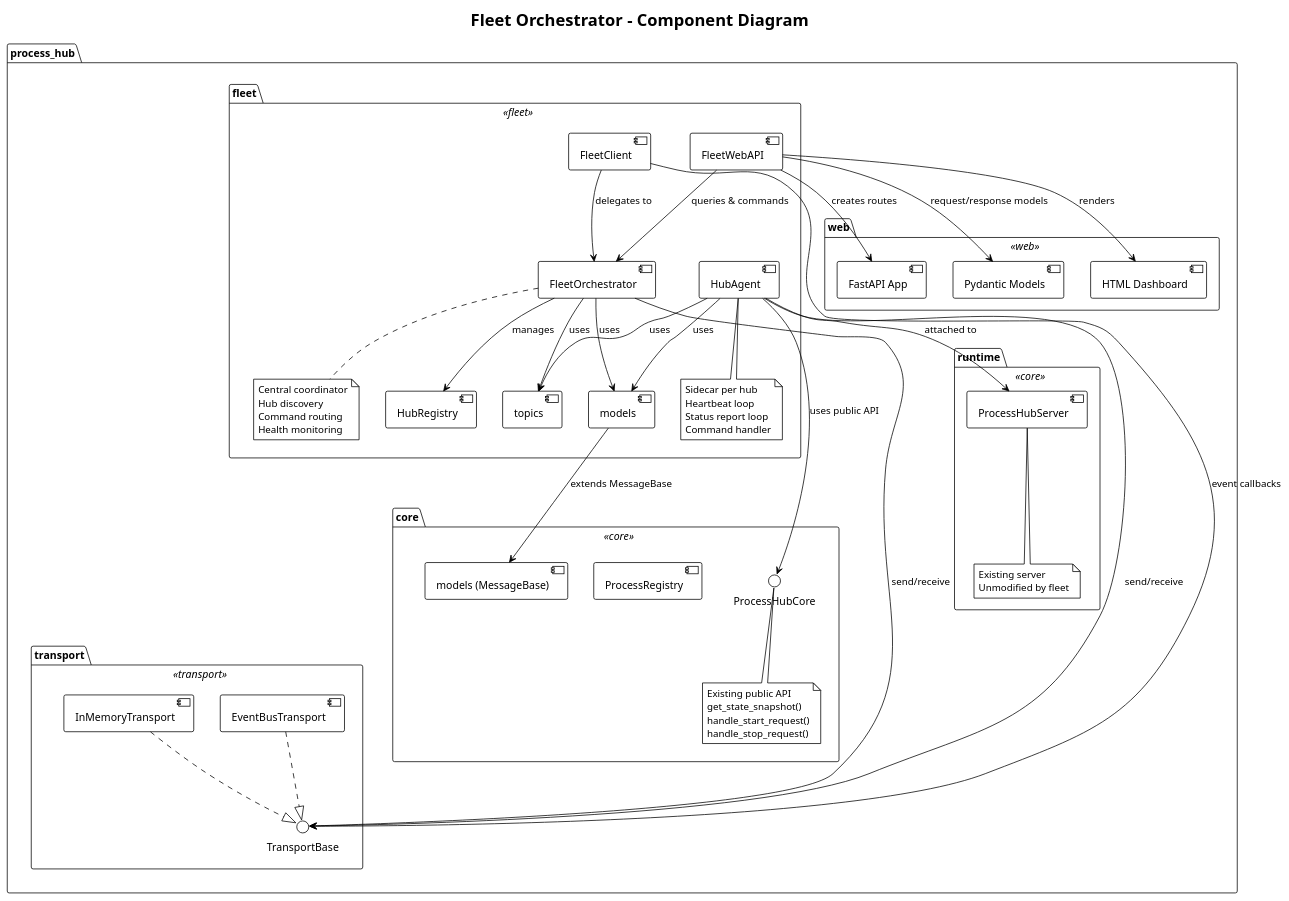
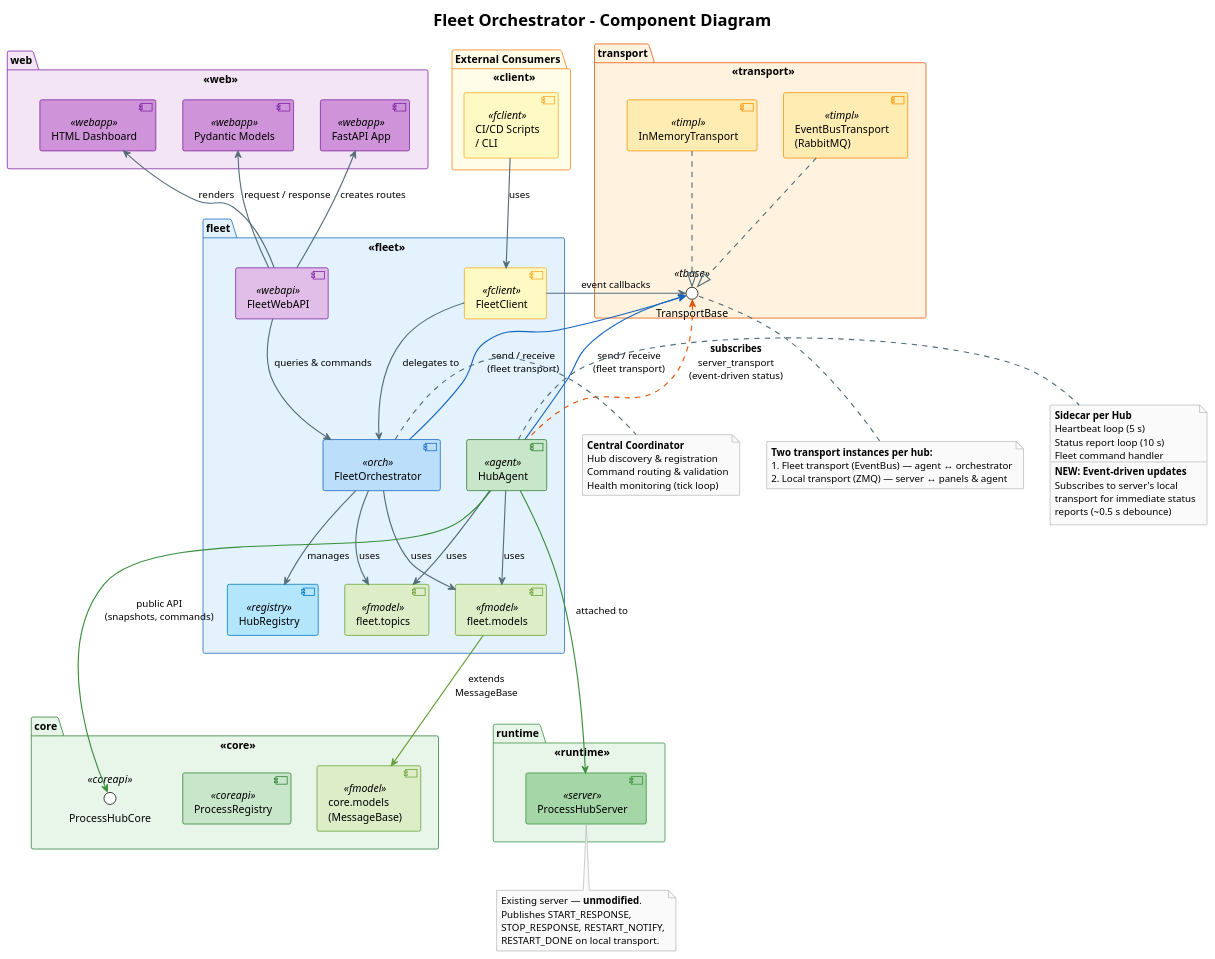
One commit to test-fullautomation/python-process-hub changed the diagram in docs/diagrams/fleet_component.puml. Above: the diagram before and after it, drawn with PlantUML. The commit also changed 9 other files, not shown here.

```diff
--- a/docs/diagrams/fleet_component.puml
+++ b/docs/diagrams/fleet_component.puml
@@ -4,105 +4,202 @@
 
 top to bottom direction
 
-skinparam component {
-    BackgroundColor<<fleet>> #E8F4FD
-    BackgroundColor<<core>> #E8FDE8
-    BackgroundColor<<transport>> #FDF4E8
-    BackgroundColor<<web>> #F4E8FD
-    BackgroundColor<<client>> #FDFDE8
+' ============================================================================
+' Skin parameters
+' ============================================================================
+
+skinparam package {
+    BackgroundColor<<fleet>>     #E3F2FD
+    BorderColor<<fleet>>         #1565C0
+    BackgroundColor<<core>>      #E8F5E9
+    BorderColor<<core>>          #2E7D32
+    BackgroundColor<<runtime>>   #E8F5E9
+    BorderColor<<runtime>>       #388E3C
+    BackgroundColor<<transport>> #FFF3E0
+    BorderColor<<transport>>     #E65100
+    BackgroundColor<<web>>       #F3E5F5
+    BorderColor<<web>>           #7B1FA2
+    BackgroundColor<<client>>    #FFFDE7
+    BorderColor<<client>>        #F57F17
+    FontStyle bold
 }
 
-package "process_hub" {
-
-    package "fleet" <<fleet>> {
-        component [FleetOrchestrator] as orchestrator
-        component [HubAgent] as hub_agent
-        component [FleetClient] as fleet_client
-        component [HubRegistry] as hub_registry
-        component [FleetWebAPI] as web_api
-        component [models] as fleet_models
-        component [topics] as fleet_topics
-
-        note bottom of orchestrator
-          Central coordinator
-          Hub discovery
-          Command routing
-          Health monitoring
-        end note
-
-        note bottom of hub_agent
-          Sidecar per hub
-          Heartbeat loop
-          Status report loop
-          Command handler
-        end note
-    }
-
-    package "core" <<core>> {
-        interface "ProcessHubCore" as core_api
-        component [ProcessRegistry] as proc_registry
-        component [models (MessageBase)] as core_models
-
-        note bottom of core_api
-          Existing public API
-          get_state_snapshot()
-          handle_start_request()
-          handle_stop_request()
-        end note
-    }
-
-    package "runtime" <<core>> {
-        component [ProcessHubServer] as server
-
-        note bottom of server
-          Existing server
-          Unmodified by fleet
-        end note
-    }
-
-    package "transport" <<transport>> {
-        interface "TransportBase" as transport_base
-        component [EventBusTransport] as eventbus
-        component [InMemoryTransport] as inmem
-
-        eventbus ..|> transport_base
-        inmem ..|> transport_base
-    }
-
-    package "web" <<web>> {
-        component [FastAPI App] as fastapi
-        component [Pydantic Models] as pydantic
-        component [HTML Dashboard] as dashboard
-    }
+skinparam component {
+    BackgroundColor<<orch>>      #BBDEFB
+    BorderColor<<orch>>          #1565C0
+    BackgroundColor<<agent>>     #C8E6C9
+    BorderColor<<agent>>         #2E7D32
+    BackgroundColor<<registry>>  #B3E5FC
+    BorderColor<<registry>>      #0277BD
+    BackgroundColor<<fclient>>   #FFF9C4
+    BorderColor<<fclient>>       #F9A825
+    BackgroundColor<<webapi>>    #E1BEE7
+    BorderColor<<webapi>>        #7B1FA2
+    BackgroundColor<<fmodel>>    #DCEDC8
+    BorderColor<<fmodel>>        #689F38
+    BackgroundColor<<server>>    #A5D6A7
+    BorderColor<<server>>        #388E3C
+    BackgroundColor<<coreapi>>   #C8E6C9
+    BorderColor<<coreapi>>       #2E7D32
+    BackgroundColor<<tbase>>     #FFE0B2
+    BorderColor<<tbase>>         #E65100
+    BackgroundColor<<timpl>>     #FFECB3
+    BorderColor<<timpl>>         #FF8F00
+    BackgroundColor<<webapp>>    #CE93D8
+    BorderColor<<webapp>>        #7B1FA2
 }
 
-' Fleet internal dependencies
-orchestrator --> hub_registry : manages
-orchestrator --> fleet_topics : uses
-orchestrator --> fleet_models : uses
-orchestrator --> transport_base : send/receive
+skinparam arrow {
+    Color #546E7A
+    Thickness 1.5
+}
 
-hub_agent --> fleet_topics : uses
-hub_agent --> fleet_models : uses
-hub_agent --> transport_base : send/receive
+skinparam note {
+    BackgroundColor #FAFAFA
+    BorderColor #BDBDBD
+}
 
-fleet_client --> orchestrator : delegates to
-fleet_client --> transport_base : event callbacks
+' ============================================================================
+' Top row: External Consumers + Web + Transport (infrastructure)
+' ============================================================================
 
-web_api --> orchestrator : queries & commands
-web_api --> fastapi : creates routes
-web_api --> pydantic : request/response models
-web_api --> dashboard : renders
+package "External Consumers" <<client>> {
+    component [CI/CD Scripts\n/ CLI] <<fclient>> as cli
+}
 
-' Fleet -> Core (overlay, public API only)
-hub_agent --> server : attached to
-hub_agent --> core_api : uses public API
+package "web" <<web>> {
+    component [FastAPI App]      <<webapp>> as fastapi
+    component [Pydantic Models]  <<webapp>> as pydantic
+    component [HTML Dashboard]   <<webapp>> as dashboard
+}
 
+package "transport" <<transport>> {
+    interface "TransportBase"    <<tbase>> as transport_base
+    component [EventBusTransport\n(RabbitMQ)] <<timpl>> as eventbus
+    component [InMemoryTransport]             <<timpl>> as inmem
+
+    eventbus  ..|> transport_base
+    inmem     ..|> transport_base
+}
+
+' ============================================================================
+' Middle row: Fleet layer
+' ============================================================================
+
+package "fleet" <<fleet>> {
+    component [FleetOrchestrator] <<orch>> as orchestrator
+    component [HubRegistry]       <<registry>> as hub_registry
+    component [HubAgent]          <<agent>> as hub_agent
+    component [FleetClient]       <<fclient>> as fleet_client
+    component [FleetWebAPI]       <<webapi>> as web_api
+    component [fleet.models]      <<fmodel>> as fleet_models
+    component [fleet.topics]      <<fmodel>> as fleet_topics
+}
+
+' ============================================================================
+' Bottom row: Core + Runtime (existing, unmodified)
+' ============================================================================
+
+package "core" <<core>> {
+    interface "ProcessHubCore" <<coreapi>> as core_api
+    component [ProcessRegistry]   <<coreapi>> as proc_registry
+    component [core.models\n(MessageBase)] <<fmodel>> as core_models
+}
+
+package "runtime" <<runtime>> {
+    component [ProcessHubServer] <<server>> as server
+}
+
+' ============================================================================
+' Layout hints  (top → bottom: infra → fleet → core)
+' ============================================================================
+
+transport -[hidden]down- fleet
+web       -[hidden]down- fleet
+fleet     -[hidden]down- core
+core      -[hidden]right- runtime
+
+' ============================================================================
+' External → Fleet
+' ============================================================================
+
+cli -down-> fleet_client              : uses
+fleet_client -down-> orchestrator     : delegates to
+fleet_client -down-> transport_base   : event callbacks
+
+' ============================================================================
+' Web → Fleet
+' ============================================================================
+
+web_api -up-> fastapi                 : creates routes
+web_api -up-> pydantic                : request / response
+web_api -up-> dashboard               : renders
+web_api -down-> orchestrator          : queries & commands
+
+' ============================================================================
+' Orchestrator connections
+' ============================================================================
+
+orchestrator --> hub_registry         : manages
+orchestrator --> fleet_topics         : uses
+orchestrator --> fleet_models         : uses
+orchestrator -up-> transport_base #1565C0 : send / receive\n(fleet transport)
+
+' ============================================================================
+' HubAgent connections
+' ============================================================================
+
+hub_agent --> fleet_topics            : uses
+hub_agent --> fleet_models            : uses
+hub_agent -up-> transport_base #1565C0 : send / receive\n(fleet transport)
+
+' Fleet → Core (overlay, public API only)
+hub_agent -down-> server #388E3C      : attached to
+hub_agent -down-> core_api #388E3C    : public API\n(snapshots, commands)
+
+' NEW: event-driven status via local transport subscription
+hub_agent ..up.> transport_base #E65100 : <b>subscribes</b>\nserver_transport\n(event-driven status)
+
+' ============================================================================
 ' Model inheritance
-fleet_models --> core_models : extends MessageBase
+' ============================================================================
 
-' Layout hints
-fleet -[hidden]down- core
-core -[hidden]down- transport
+fleet_models -down-> core_models #689F38 : extends\nMessageBase
+
+' ============================================================================
+' Notes
+' ============================================================================
+
+note right of orchestrator
+  **Central Coordinator**
+  Hub discovery & registration
+  Command routing & validation
+  Health monitoring (tick loop)
+end note
+
+note right of hub_agent
+  **Sidecar per Hub**
+  Heartbeat loop (5 s)
+  Status report loop (10 s)
+  Fleet command handler
+  ----
+  **NEW: Event-driven updates**
+  Subscribes to server's local
+  transport for immediate status
+  reports (~0.5 s debounce)
+end note
+
+note bottom of server
+  Existing server — **unmodified**.
+  Publishes START_RESPONSE,
+  STOP_RESPONSE, RESTART_NOTIFY,
+  RESTART_DONE on local transport.
+end note
+
+note bottom of transport_base
+  **Two transport instances per hub:**
+  1. Fleet transport (EventBus) — agent ↔ orchestrator
+  2. Local transport (ZMQ) — server ↔ panels & agent
+end note
 
 @enduml
```
